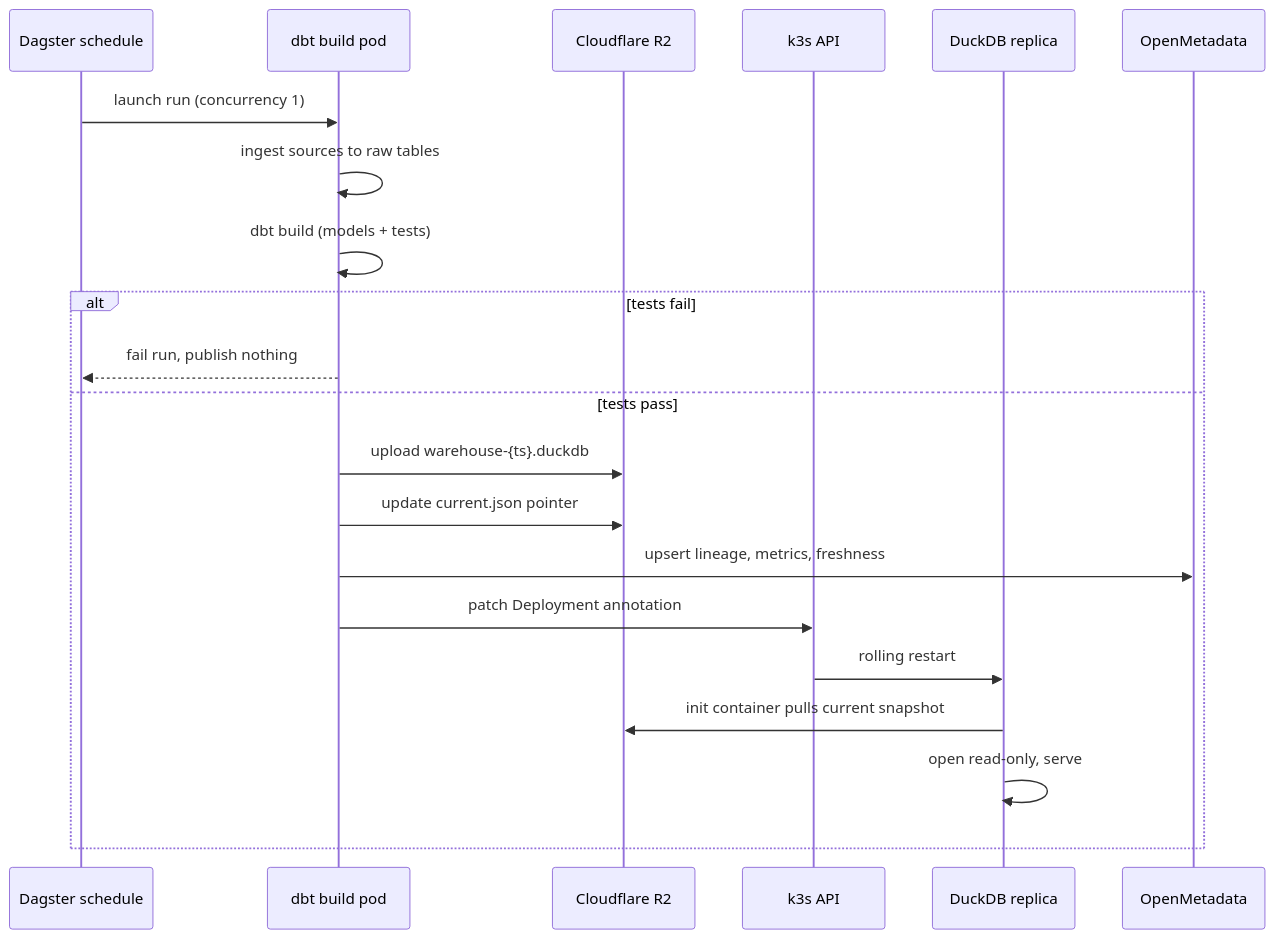
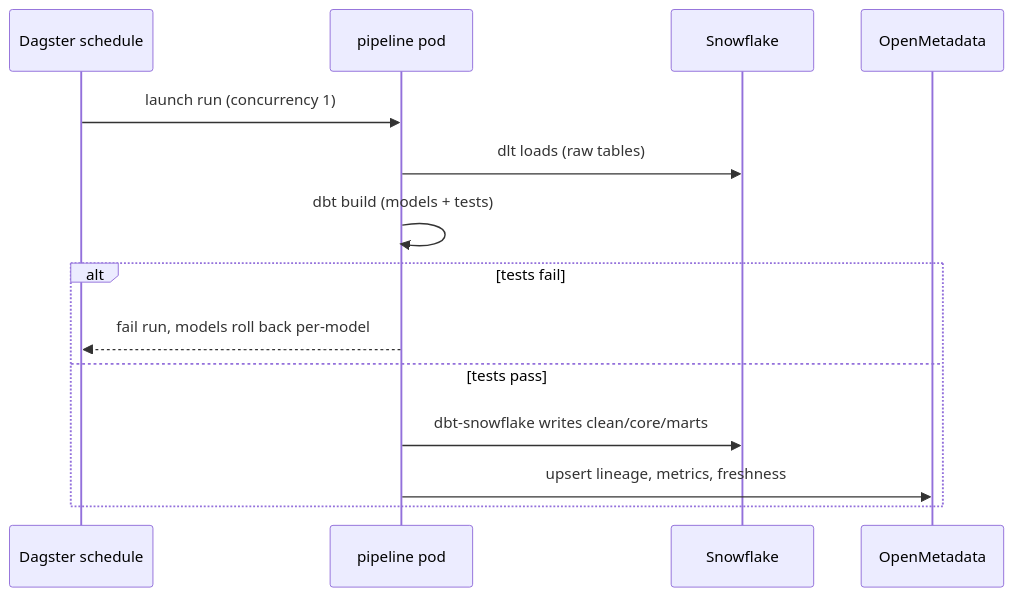
The second of 3 diagrams in docs/ARCHITECTURE.md (kgmcquate/open-health-data-platform), drawn with Mermaid before and after one commit. The commit also changed other lines of this file and 43 other files, not shown here.

Commit message:
using regular snowflake tables

````diff
--- a/docs/ARCHITECTURE.md
+++ b/docs/ARCHITECTURE.md
@@ -118,24 +117,17 @@
 ```mermaid
 sequenceDiagram
     participant Sched as Dagster schedule
-    participant Build as dbt build pod
-    participant R2 as Cloudflare R2
-    participant K8s as k3s API
-    participant Repl as DuckDB replica
+    participant Build as pipeline pod
+    participant Snow as Snowflake
     participant OM as OpenMetadata
 
     Sched->>Build: launch run (concurrency 1)
-    Build->>Build: ingest sources to raw tables
+    Build->>Snow: dlt loads (raw tables)
     Build->>Build: dbt build (models + tests)
     alt tests fail
-        Build-->>Sched: fail run, publish nothing
+        Build-->>Sched: fail run, models roll back per-model
     else tests pass
-        Build->>R2: upload warehouse-{ts}.duckdb
-        Build->>R2: update current.json pointer
+        Build->>Snow: dbt-snowflake writes clean/core/marts
         Build->>OM: upsert lineage, metrics, freshness
-        Build->>K8s: patch Deployment annotation
-        K8s->>Repl: rolling restart
-        Repl->>R2: init container pulls current snapshot
-        Repl->>Repl: open read-only, serve
     end
 ```
````
